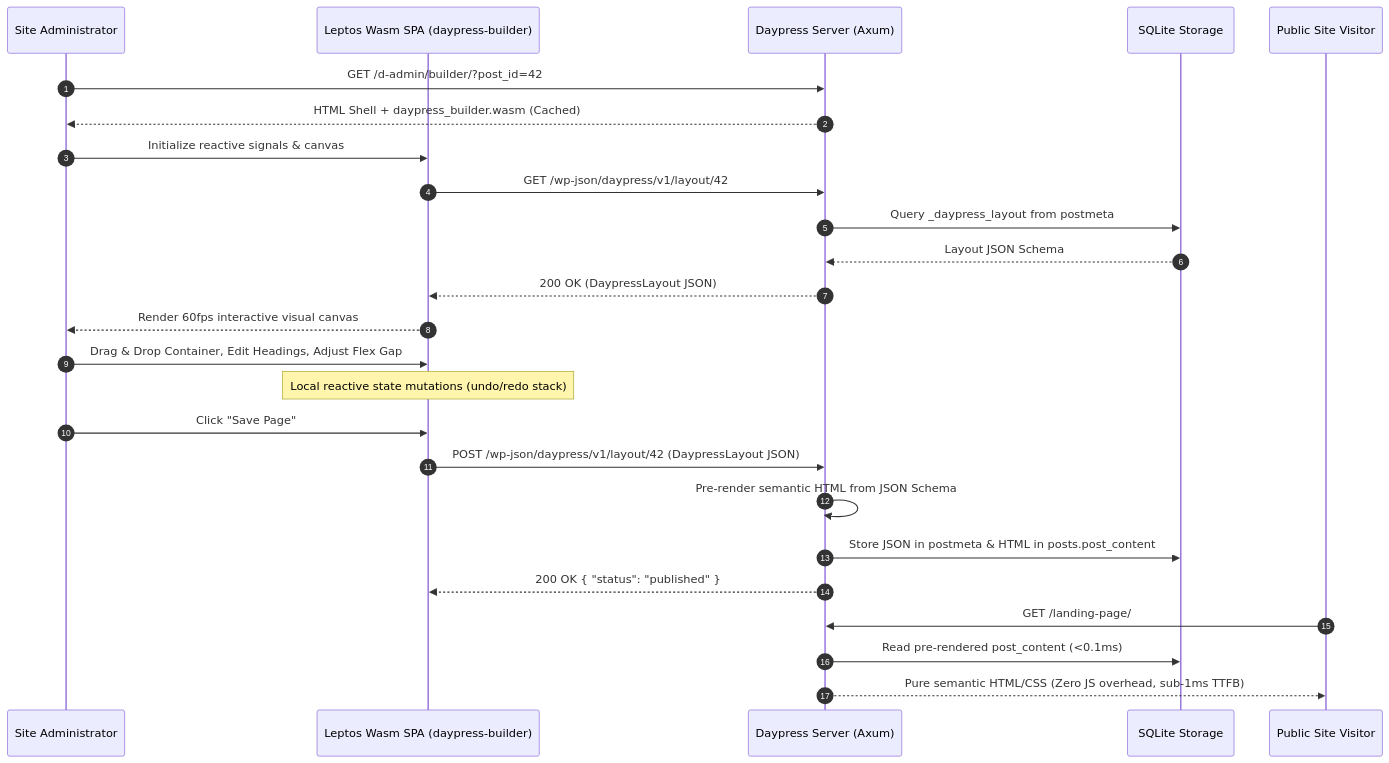
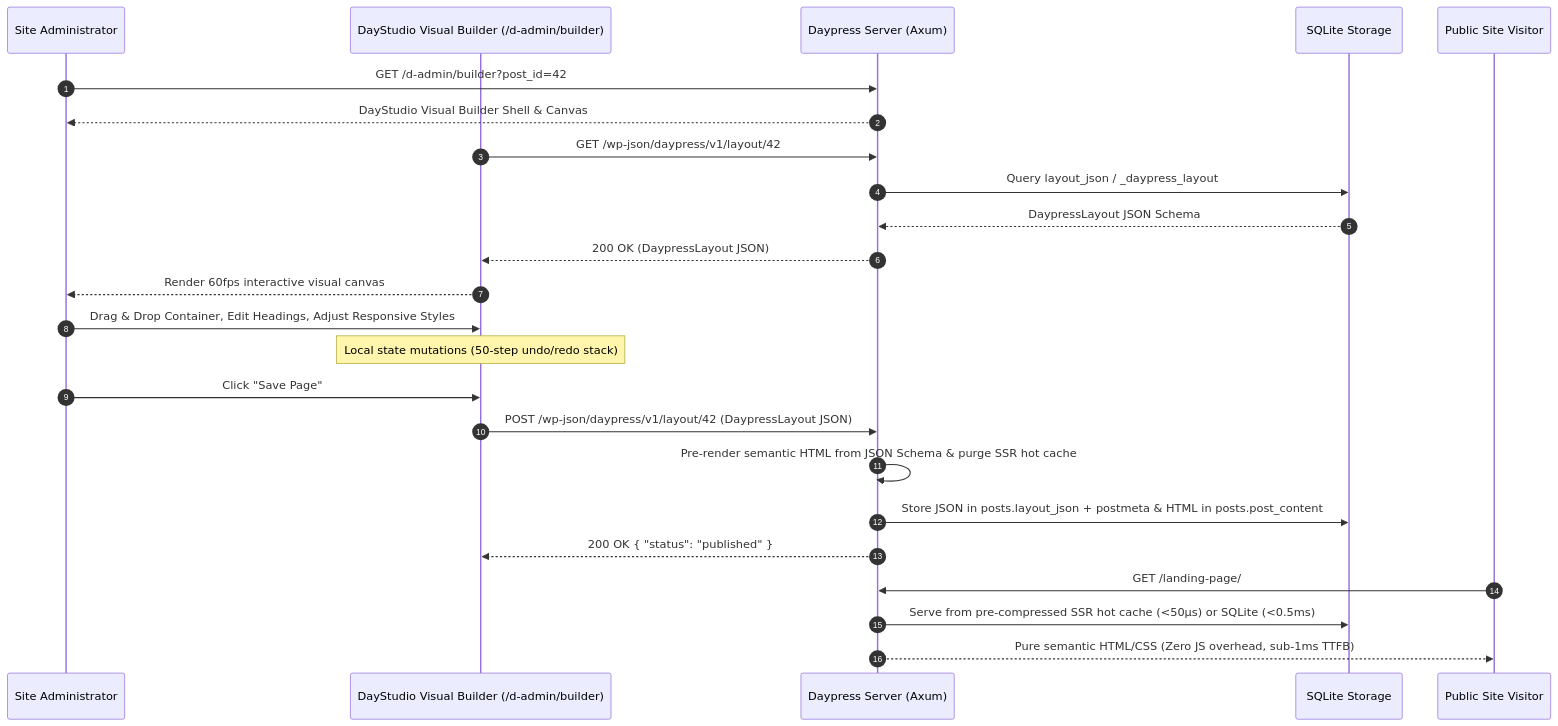
One commit to Trooper-lab/Daypress changed the third of 10 diagrams in ARCHITECTURE.md. Above: the diagram before and after it, drawn with Mermaid. The commit also changed other lines of this file and 4 other files, not shown here.

Commit message:
docs: sync README, ARCHITECTURE, API, CONTRIBUTING, and SECURITY for v1.0.0-beta.1

````diff
--- a/ARCHITECTURE.md
+++ b/ARCHITECTURE.md
@@ -250,31 +255,30 @@
 ```mermaid
 sequenceDiagram
     autonumber
     participant Admin as Site Administrator
-    participant Leptos as Leptos Wasm SPA (daypress-builder)
+    participant DayStudio as DayStudio Visual Builder (/d-admin/builder)
     participant Axum as Daypress Server (Axum)
     participant DB as SQLite Storage
     participant Visitor as Public Site Visitor
 
-    Admin->>Axum: GET /d-admin/builder/?post_id=42
-    Axum-->>Admin: HTML Shell + daypress_builder.wasm (Cached)
-    Admin->>Leptos: Initialize reactive signals & canvas
-    Leptos->>Axum: GET /wp-json/daypress/v1/layout/42
-    Axum->>DB: Query _daypress_layout from postmeta
-    DB-->>Axum: Layout JSON Schema
-    Axum-->>Leptos: 200 OK (DaypressLayout JSON)
-    Leptos-->>Admin: Render 60fps interactive visual canvas
+    Admin->>Axum: GET /d-admin/builder?post_id=42
+    Axum-->>Admin: DayStudio Visual Builder Shell & Canvas
+    DayStudio->>Axum: GET /wp-json/daypress/v1/layout/42
+    Axum->>DB: Query layout_json / _daypress_layout
+    DB-->>Axum: DaypressLayout JSON Schema
+    Axum-->>DayStudio: 200 OK (DaypressLayout JSON)
+    DayStudio-->>Admin: Render 60fps interactive visual canvas
     
-    Admin->>Leptos: Drag & Drop Container, Edit Headings, Adjust Flex Gap
-    Note over Leptos: Local reactive state mutations (undo/redo stack)
+    Admin->>DayStudio: Drag & Drop Container, Edit Headings, Adjust Responsive Styles
+    Note over DayStudio: Local state mutations (50-step undo/redo stack)
     
-    Admin->>Leptos: Click "Save Page"
-    Leptos->>Axum: POST /wp-json/daypress/v1/layout/42 (DaypressLayout JSON)
-    Axum->>Axum: Pre-render semantic HTML from JSON Schema
-    Axum->>DB: Store JSON in postmeta & HTML in posts.post_content
-    Axum-->>Leptos: 200 OK { "status": "published" }
+    Admin->>DayStudio: Click "Save Page"
+    DayStudio->>Axum: POST /wp-json/daypress/v1/layout/42 (DaypressLayout JSON)
+    Axum->>Axum: Pre-render semantic HTML from JSON Schema & purge SSR hot cache
+    Axum->>DB: Store JSON in posts.layout_json + postmeta & HTML in posts.post_content
+    Axum-->>DayStudio: 200 OK { "status": "published" }
 
     Visitor->>Axum: GET /landing-page/
-    Axum->>DB: Read pre-rendered post_content (<0.1ms)
+    Axum->>DB: Serve from pre-compressed SSR hot cache (<50µs) or SQLite (<0.5ms)
     Axum-->>Visitor: Pure semantic HTML/CSS (Zero JS overhead, sub-1ms TTFB)
 ```
````
